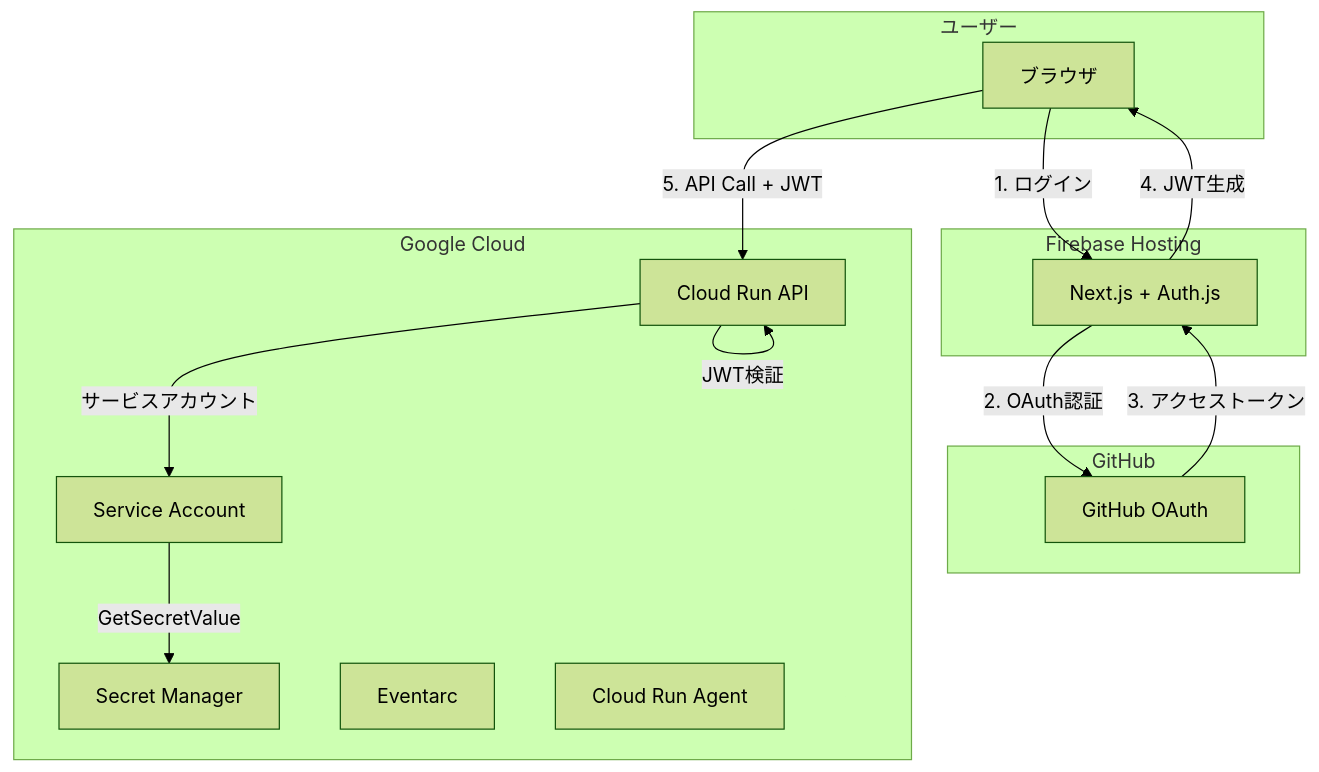
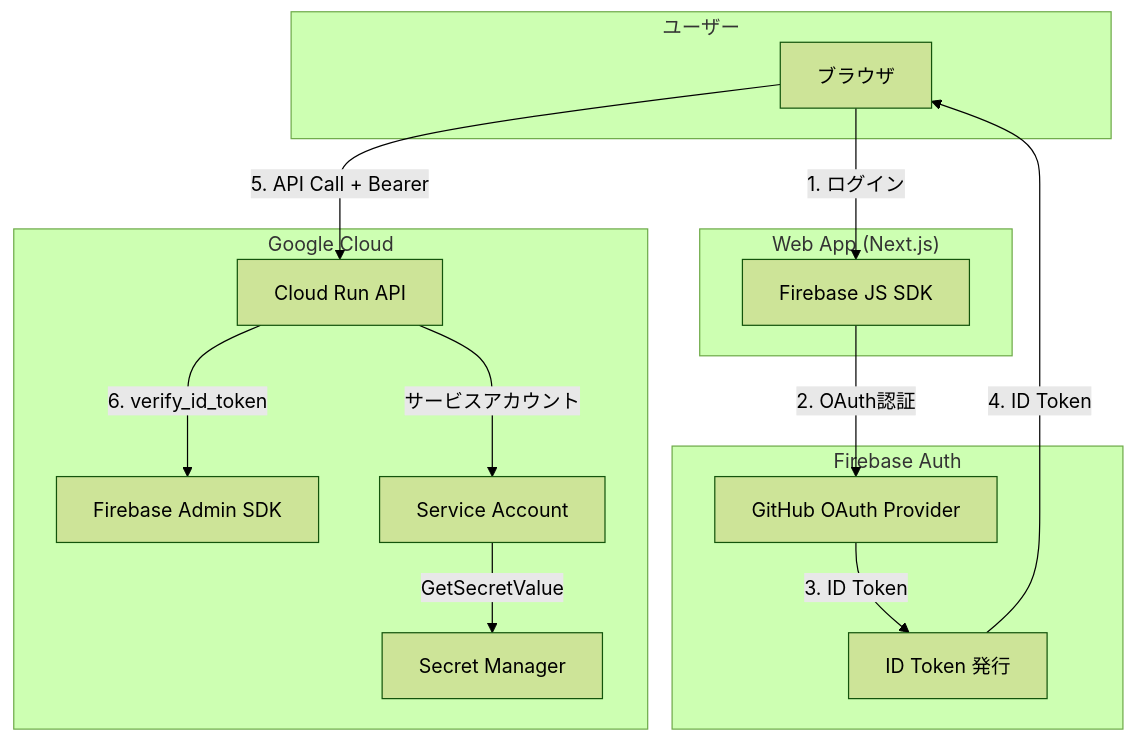
Before and after one commit to nuance-sudo/drawing-practice-agent-gch4: the third of 3 diagrams in docs/architecture.md, drawn with Mermaid (forest theme). The commit also changed other lines of this file and 10 other files, not shown here.

````diff
--- a/docs/architecture.md
+++ b/docs/architecture.md
@@ -232,31 +242,31 @@
 ```mermaid
 flowchart TB
     subgraph User["ユーザー"]
         A[ブラウザ]
     end
 
-    subgraph GitHub["GitHub"]
-        H[GitHub OAuth]
+    subgraph Firebase["Firebase Auth"]
+        B[GitHub OAuth Provider]
+        C[ID Token 発行]
     end
 
-    subgraph Firebase["Firebase Hosting"]
-        B[Next.js + Auth.js]
+    subgraph Web["Web App (Next.js)"]
+        D[Firebase JS SDK]
     end
 
     subgraph GCP["Google Cloud"]
-        C[Cloud Run API]
-        D[Secret Manager]
-        E[Service Account]
-        F[Eventarc]
-        G[Cloud Run Agent]
+        E[Cloud Run API]
+        F[Firebase Admin SDK]
+        G[Service Account]
+        H[Secret Manager]
     end
 
-    A -->|1. ログイン| B
-    B -->|2. OAuth認証| H
-    H -->|3. アクセストークン| B
-    B -->|4. JWT生成| A
-    A -->|5. API Call + JWT| C
-    C -->|JWT検証| C
-    C -->|サービスアカウント| E
-    E -->|GetSecretValue| D
+    A -->|1. ログイン| D
+    D -->|2. OAuth認証| B
+    B -->|3. ID Token| C
+    C -->|4. ID Token| A
+    A -->|5. API Call + Bearer| E
+    E -->|6. verify_id_token| F
+    E -->|サービスアカウント| G
+    G -->|GetSecretValue| H
 ```
````
